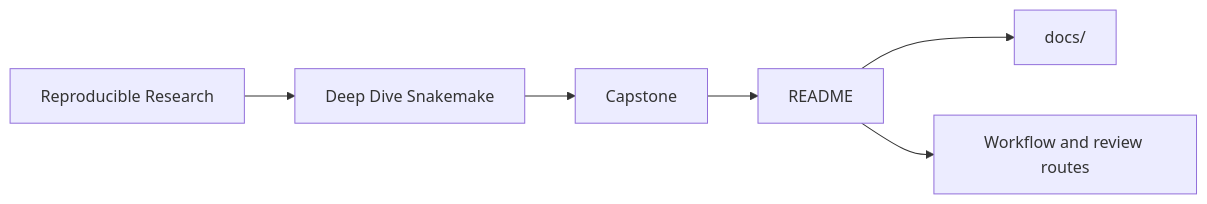
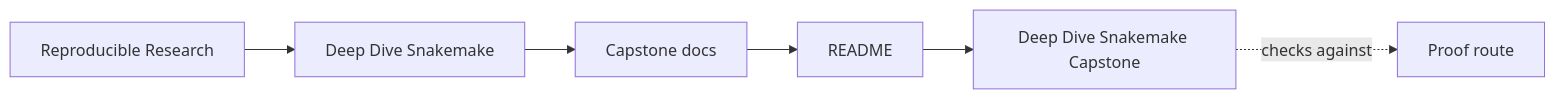
One commit to bijux/bijux-masterclass changed the first of 2 diagrams in programs/reproducible-research/deep-dive-snakemake/capstone/README.md. Above: the diagram before and after it, drawn with Mermaid. The commit also changed other lines of this file and 149 other files, not shown here.

Commit message:
docs(deep-dive-snakemake): map workflow proof and operations surfaces

````diff
--- a/programs/reproducible-research/deep-dive-snakemake/capstone/README.md
+++ b/programs/reproducible-research/deep-dive-snakemake/capstone/README.md
@@ -6,8 +6,12 @@
 ```mermaid
 graph LR
-  family["Reproducible Research"] --> program["Deep Dive Snakemake"]
-  program --> capstone["Capstone"]
-  capstone --> readme["README"]
-  readme --> docs["docs/"]
-  readme --> proof["Workflow and review routes"]
+  family["Reproducible Research"]
+  program["Deep Dive Snakemake"]
+  guide["Capstone docs"]
+  section["README"]
+  page["Deep Dive Snakemake Capstone"]
+  proof["Proof route"]
+
+  family --> program --> guide --> section --> page
+  page -.checks against.-> proof
 ```
````
